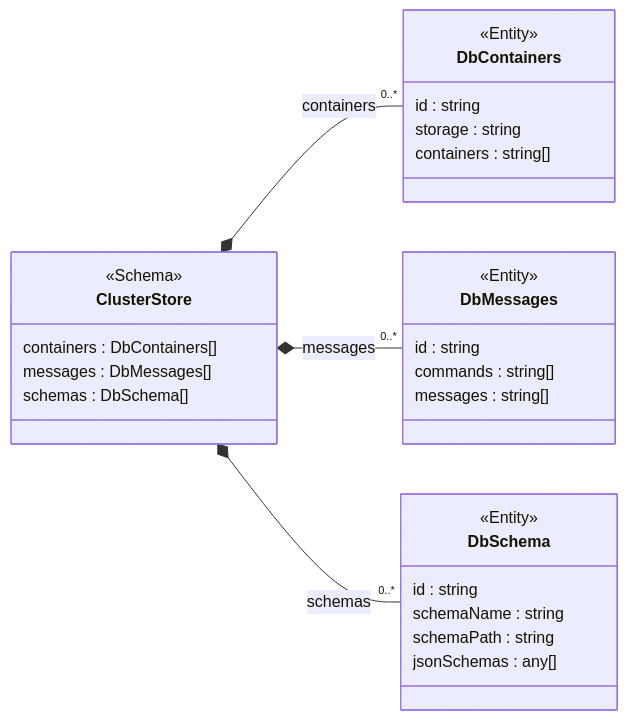
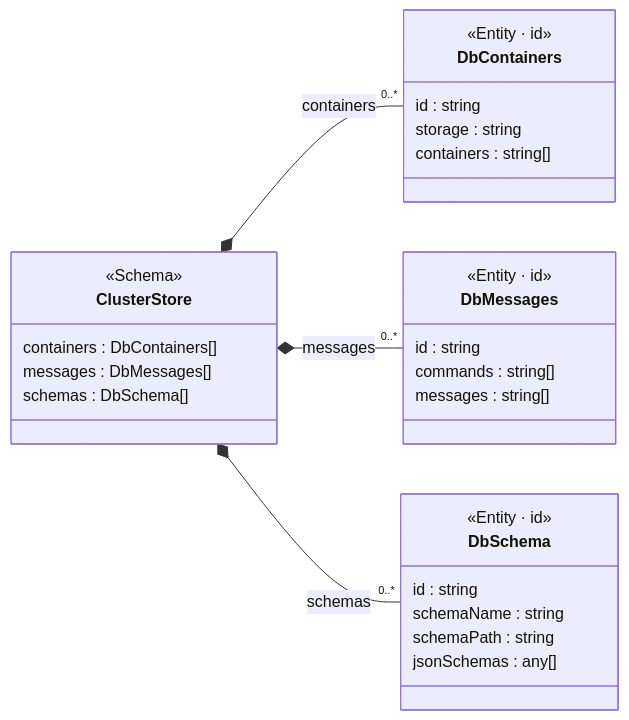
One commit to friflo/Friflo.Json.Fliox changed the diagram in Json.Tests/assets~/Schema/Markdown/ClusterStore/class-diagram.md. Above: the diagram before and after it, drawn with Mermaid. The commit also changed 6 other files, not shown here.

Commit message:
Schema/Language/Mermaid - annotate entity types with <<Entity · {key}>>

````diff
--- a/Json.Tests/assets~/Schema/Markdown/ClusterStore/class-diagram.md
+++ b/Json.Tests/assets~/Schema/Markdown/ClusterStore/class-diagram.md
@@ -1,39 +1,39 @@
 ```mermaid
 classDiagram
 direction LR
 
 class ClusterStore:::cssSchema {
     <<Schema>>
     <<abstract>>
     containers  : DbContainers[]
     messages    : DbMessages[]
     schemas     : DbSchema[]
 }
 ClusterStore *-- "0..*" DbContainers : containers
 ClusterStore *-- "0..*" DbMessages : messages
 ClusterStore *-- "0..*" DbSchema : schemas
 
 class DbContainers:::cssEntity {
-    <<Entity>>
+    <<Entity · id>>
     id          : string
     storage     : string
     containers  : string[]
 }
 
 class DbMessages:::cssEntity {
-    <<Entity>>
+    <<Entity · id>>
     id        : string
     commands  : string[]
     messages  : string[]
 }
 
 class DbSchema:::cssEntity {
-    <<Entity>>
+    <<Entity · id>>
     id           : string
     schemaName   : string
     schemaPath   : string
     jsonSchemas  : any[]
 }
 
 
 ```
````
